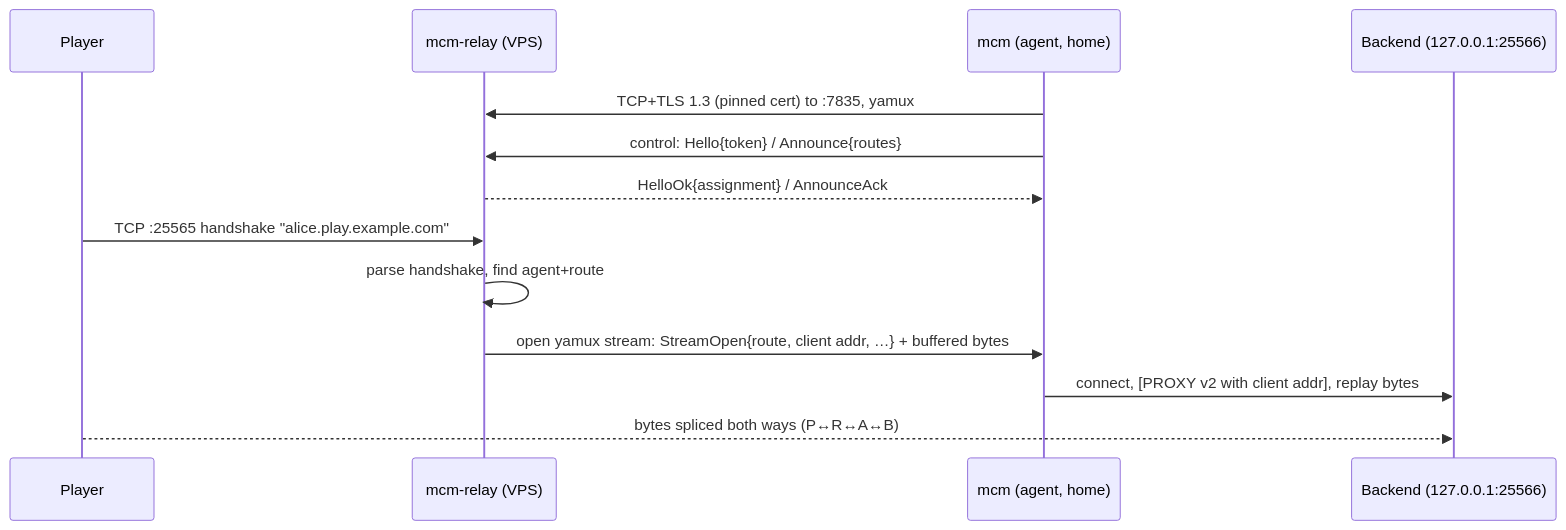
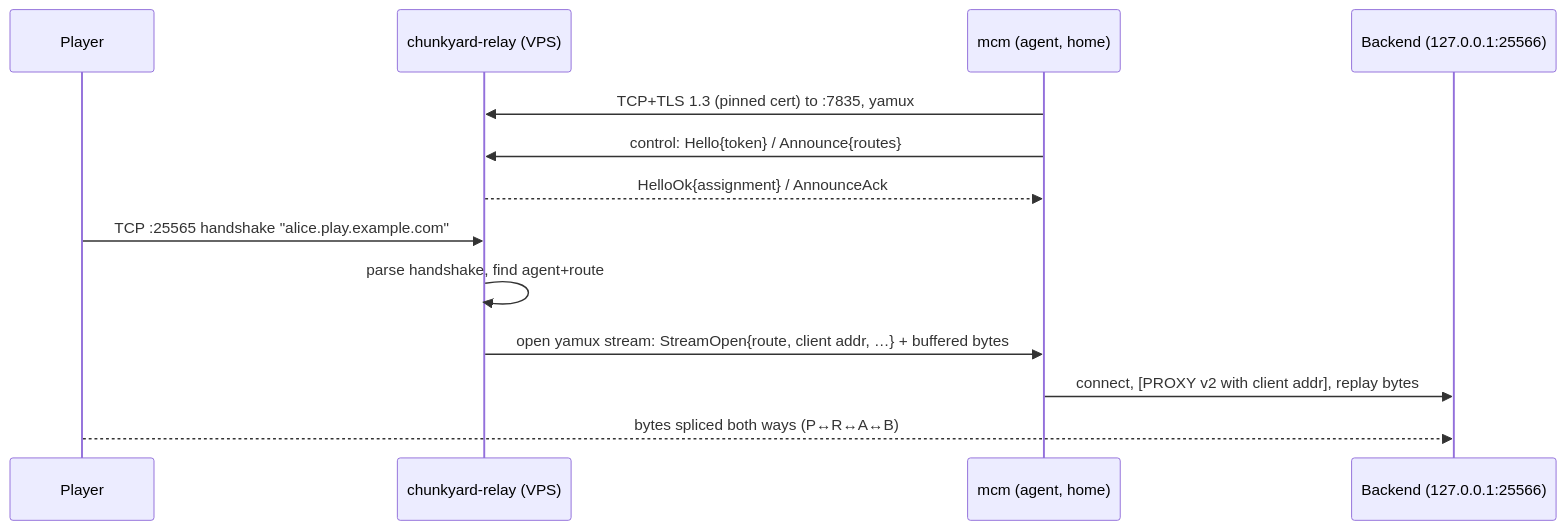
One commit to twofold-studio/chunkyard changed the diagram in specs/phases/09-relay/relay.md. Above: the diagram before and after it, drawn with Mermaid. The commit also changed other lines of this file and 355 other files, not shown here.

````diff
--- a/specs/phases/09-relay/relay.md
+++ b/specs/phases/09-relay/relay.md
@@ -5,15 +5,15 @@
 ```mermaid
 sequenceDiagram
   participant P as Player
-  participant R as mcm-relay (VPS)
+  participant R as chunkyard-relay (VPS)
   participant A as mcm (agent, home)
   participant B as Backend (127.0.0.1:25566)
   A->>R: TCP+TLS 1.3 (pinned cert) to :7835, yamux
   A->>R: control: Hello{token} / Announce{routes}
   R-->>A: HelloOk{assignment} / AnnounceAck
   P->>R: TCP :25565 handshake "alice.play.example.com"
   R->>R: parse handshake, find agent+route
   R->>A: open yamux stream: StreamOpen{route, client addr, …} + buffered bytes
   A->>B: connect, [PROXY v2 with client addr], replay bytes
   P-->>B: bytes spliced both ways (P↔R↔A↔B)
 ```
````
